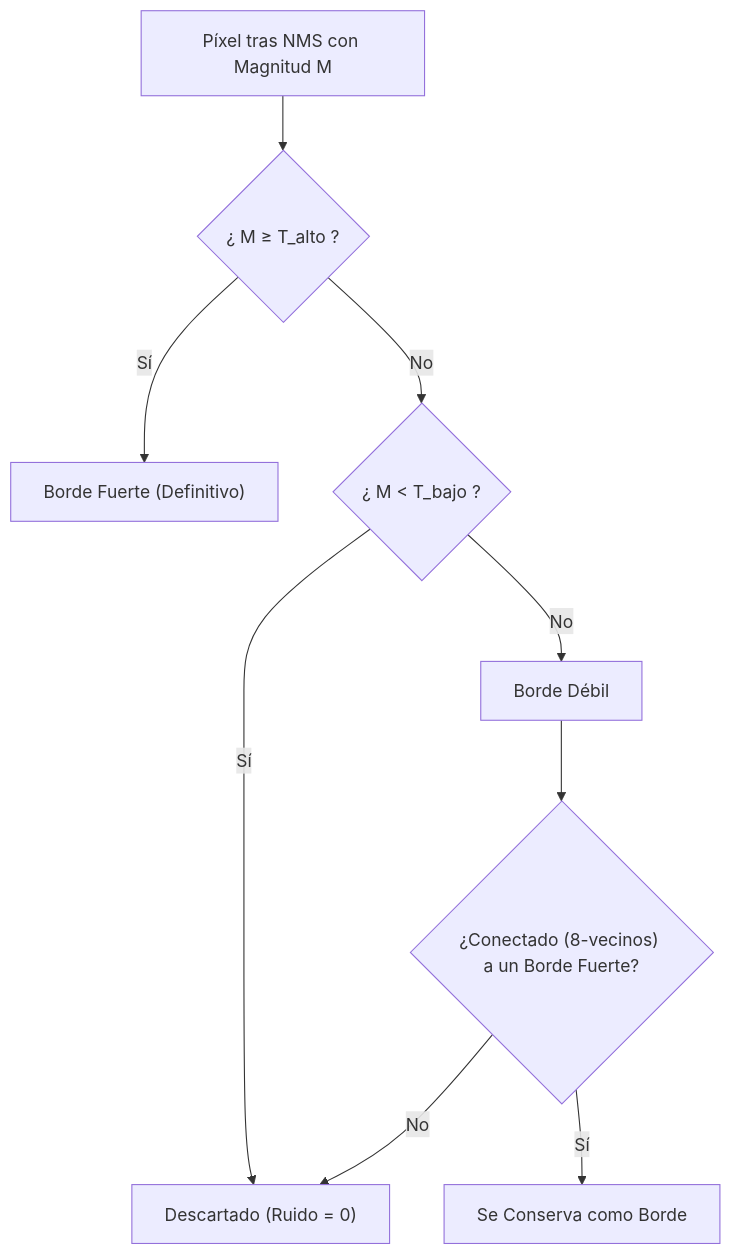
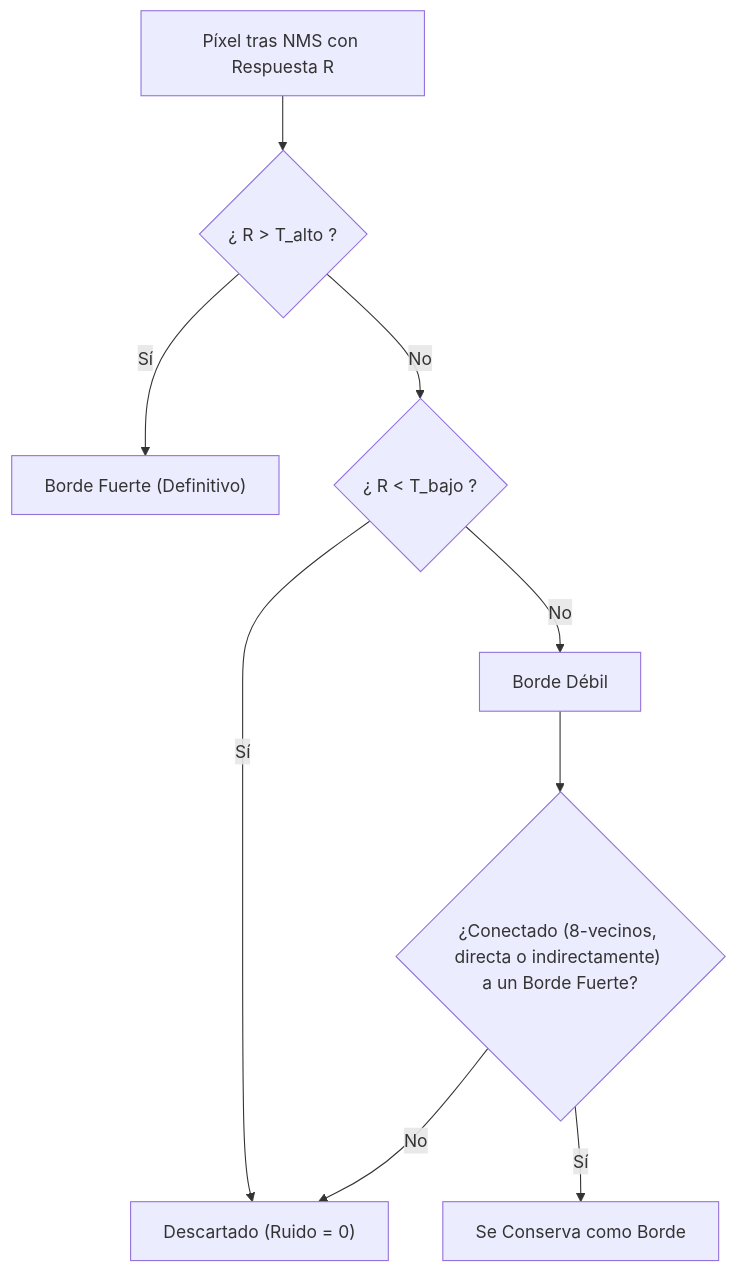
Before and after one commit to DanielChicoUGR/VC_APUNTES: the fifth of 5 diagrams in Tema 2/2. Gaussianas y Bordes.md, drawn with Mermaid. The commit also changed other lines of this file and 10 other files, not shown here.

````diff
--- a/Tema 2/2. Gaussianas y Bordes.md
+++ b/Tema 2/2. Gaussianas y Bordes.md
@@ -299,11 +429,11 @@
 ```mermaid
 flowchart TD
-    M["Píxel tras NMS con Magnitud M"] --> CheckHigh{"¿ M ≥ T_alto ?"}
+    M["Píxel tras NMS con Respuesta R"] --> CheckHigh{"¿ R > T_alto ?"}
     CheckHigh -- Sí --> Strong["Borde Fuerte (Definitivo)"]
-    CheckHigh -- No --> CheckLow{"¿ M < T_bajo ?"}
+    CheckHigh -- No --> CheckLow{"¿ R < T_bajo ?"}
     CheckLow -- Sí --> Suppressed["Descartado (Ruido = 0)"]
     CheckLow -- No --> Weak["Borde Débil"]
-    Weak --> CheckConn{"¿Conectado (8-vecinos) a un Borde Fuerte?"}
+    Weak --> CheckConn{"¿Conectado (8-vecinos, directa o indirectamente) a un Borde Fuerte?"}
     CheckConn -- Sí --> Accepted["Se Conserva como Borde"]
     CheckConn -- No --> Suppressed
 ```
````
